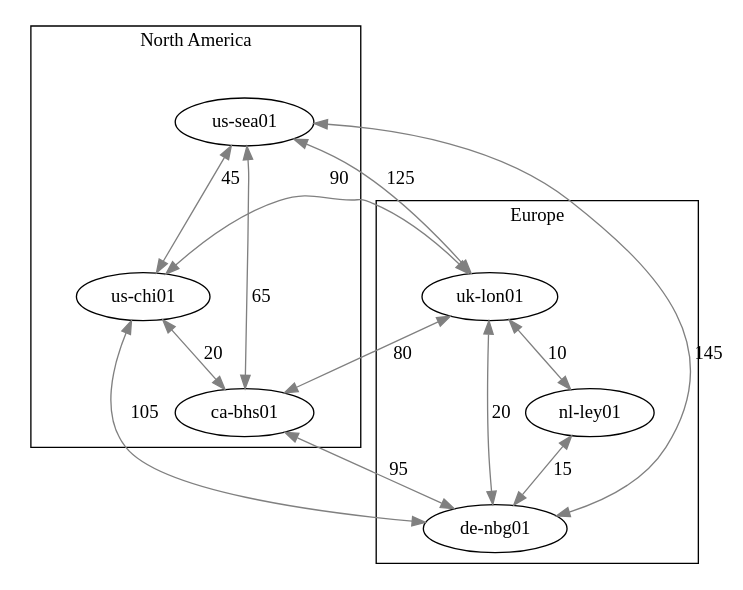
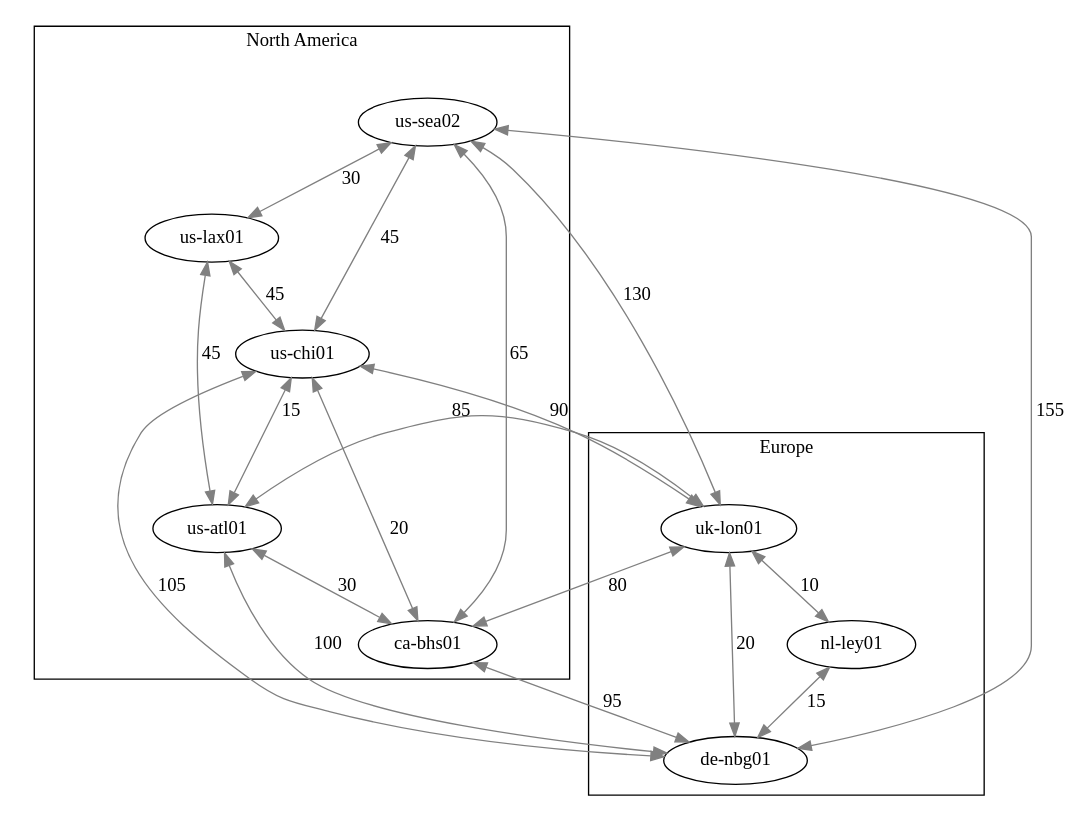
The diagram in AS4242421080.gv (jlu5/ansible-dn42), drawn with Graphviz before and after one commit. The commit also changed 3 other files, not shown here.

Commit message:
Regenerate network and history graphs

```diff
--- a/AS4242421080.gv
+++ b/AS4242421080.gv
@@ -1,28 +1,37 @@
 // AS4242421080 network graph
 digraph {
 	ratio=0.8
 	subgraph "cluster_North America" {
 		fontname=bold label="North America"
+		"us-sea02" [label="us-sea02"]
+		"us-lax01" [label="us-lax01"]
 		"ca-bhs01" [label="ca-bhs01"]
+		"us-atl01" [label="us-atl01"]
 		"us-chi01" [label="us-chi01"]
-		"us-sea01" [label="us-sea01"]
 	}
 	subgraph cluster_Europe {
 		fontname=bold label=Europe
+		"de-nbg01" [label="de-nbg01"]
 		"uk-lon01" [label="uk-lon01"]
-		"de-nbg01" [label="de-nbg01"]
 		"nl-ley01" [label="nl-ley01"]
 	}
-	"us-sea01" -> "ca-bhs01" [label=65 color=grey dir=both]
+	"us-sea02" -> "ca-bhs01" [label=65 color=grey dir=both]
 	"us-chi01" -> "ca-bhs01" [label=20 color=grey dir=both]
 	"uk-lon01" -> "ca-bhs01" [label=80 color=grey dir=both]
 	"de-nbg01" -> "ca-bhs01" [label=95 color=grey dir=both]
-	"us-sea01" -> "de-nbg01" [label=145 color=grey dir=both]
+	"us-atl01" -> "ca-bhs01" [label=30 color=grey dir=both]
+	"us-sea02" -> "de-nbg01" [label=155 color=grey dir=both]
 	"us-chi01" -> "de-nbg01" [label=105 color=grey dir=both]
 	"uk-lon01" -> "de-nbg01" [label=20 color=grey dir=both]
 	"nl-ley01" -> "de-nbg01" [label=15 color=grey dir=both]
+	"us-atl01" -> "de-nbg01" [label=100 color=grey dir=both]
 	"uk-lon01" -> "nl-ley01" [label=10 color=grey dir=both]
-	"us-sea01" -> "uk-lon01" [label=125 color=grey dir=both]
+	"us-sea02" -> "uk-lon01" [label=130 color=grey dir=both]
 	"us-chi01" -> "uk-lon01" [label=90 color=grey dir=both]
-	"us-sea01" -> "us-chi01" [label=45 color=grey dir=both]
+	"us-atl01" -> "uk-lon01" [label=85 color=grey dir=both]
+	"us-chi01" -> "us-atl01" [label=15 color=grey dir=both]
+	"us-lax01" -> "us-atl01" [label=45 color=grey dir=both]
+	"us-sea02" -> "us-chi01" [label=45 color=grey dir=both]
+	"us-lax01" -> "us-chi01" [label=45 color=grey dir=both]
+	"us-sea02" -> "us-lax01" [label=30 color=grey dir=both]
 }
```
